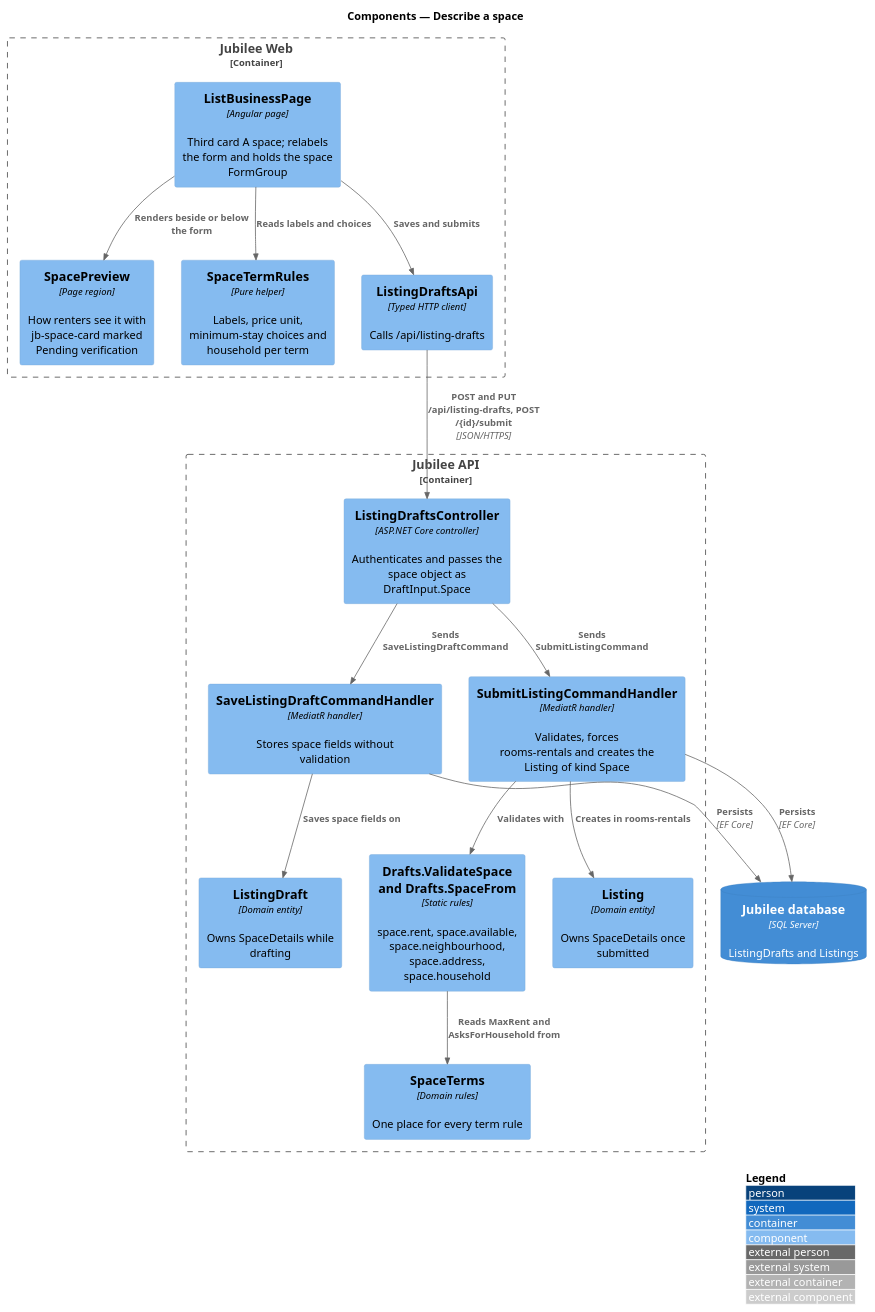
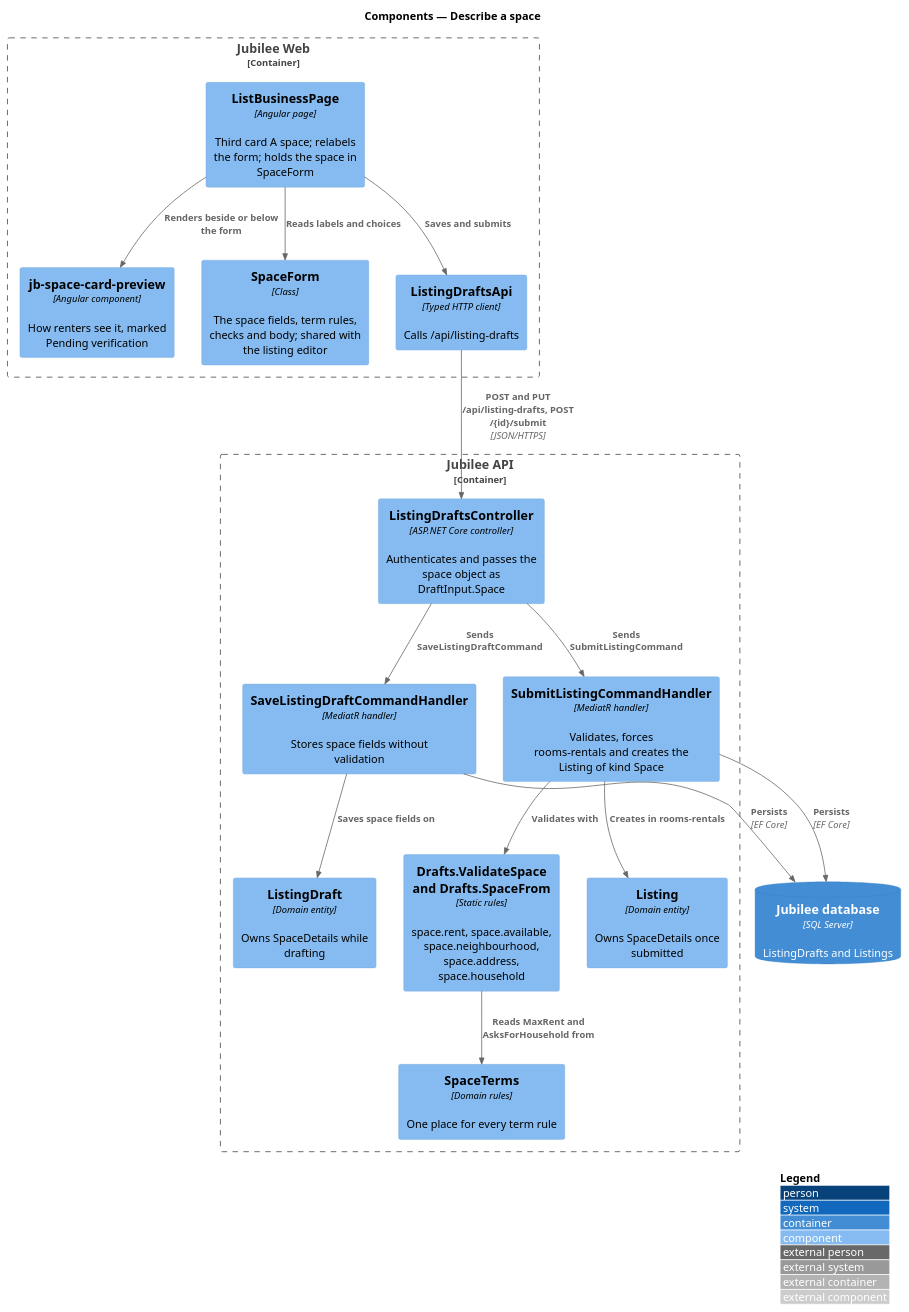
The diagram in docs/detailed-designs/onboarding/describe-space/diagrams/c4-component.puml (QuinntyneBrown/jubilee), drawn with PlantUML before and after one commit. The commit also changed 14 other files, not shown here.

```diff
--- a/docs/detailed-designs/onboarding/describe-space/diagrams/c4-component.puml
+++ b/docs/detailed-designs/onboarding/describe-space/diagrams/c4-component.puml
@@ -1,35 +1,35 @@
 @startuml
 !include <C4/C4_Component>
 LAYOUT_WITH_LEGEND()
 title Components — Describe a space
 
 Container_Boundary(web, "Jubilee Web") {
-  Component(page, "ListBusinessPage", "Angular page", "Third card A space; relabels the form and holds the space FormGroup")
-  Component(preview, "SpacePreview", "Page region", "How renters see it with jb-space-card marked Pending verification")
-  Component(rules, "SpaceTermRules", "Pure helper", "Labels, price unit, minimum-stay choices and household per term")
+  Component(page, "ListBusinessPage", "Angular page", "Third card A space; relabels the form; holds the space in SpaceForm")
+  Component(preview, "jb-space-card-preview", "Angular component", "How renters see it, marked Pending verification")
+  Component(rules, "SpaceForm", "Class", "The space fields, term rules, checks and body; shared with the listing editor")
   Component(client, "ListingDraftsApi", "Typed HTTP client", "Calls /api/listing-drafts")
 }
 Container_Boundary(api, "Jubilee API") {
   Component(ctrl, "ListingDraftsController", "ASP.NET Core controller", "Authenticates and passes the space object as DraftInput.Space")
   Component(save, "SaveListingDraftCommandHandler", "MediatR handler", "Stores space fields without validation")
   Component(submit, "SubmitListingCommandHandler", "MediatR handler", "Validates, forces rooms-rentals and creates the Listing of kind Space")
   Component(validator, "Drafts.ValidateSpace and Drafts.SpaceFrom", "Static rules", "space.rent, space.available, space.neighbourhood, space.address, space.household")
   Component(terms, "SpaceTerms", "Domain rules", "One place for every term rule")
   Component(draft, "ListingDraft", "Domain entity", "Owns SpaceDetails while drafting")
   Component(listing, "Listing", "Domain entity", "Owns SpaceDetails once submitted")
 }
 ContainerDb(db, "Jubilee database", "SQL Server", "ListingDrafts and Listings")
 
 Rel(page, rules, "Reads labels and choices")
 Rel(page, preview, "Renders beside or below the form")
 Rel(page, client, "Saves and submits")
 Rel(client, ctrl, "POST and PUT /api/listing-drafts, POST /{id}/submit", "JSON/HTTPS")
 Rel(ctrl, save, "Sends SaveListingDraftCommand")
 Rel(ctrl, submit, "Sends SubmitListingCommand")
 Rel(save, draft, "Saves space fields on")
 Rel(submit, validator, "Validates with")
 Rel(validator, terms, "Reads MaxRent and AsksForHousehold from")
 Rel(submit, listing, "Creates in rooms-rentals")
 Rel(save, db, "Persists", "EF Core")
 Rel(submit, db, "Persists", "EF Core")
 @enduml
```
